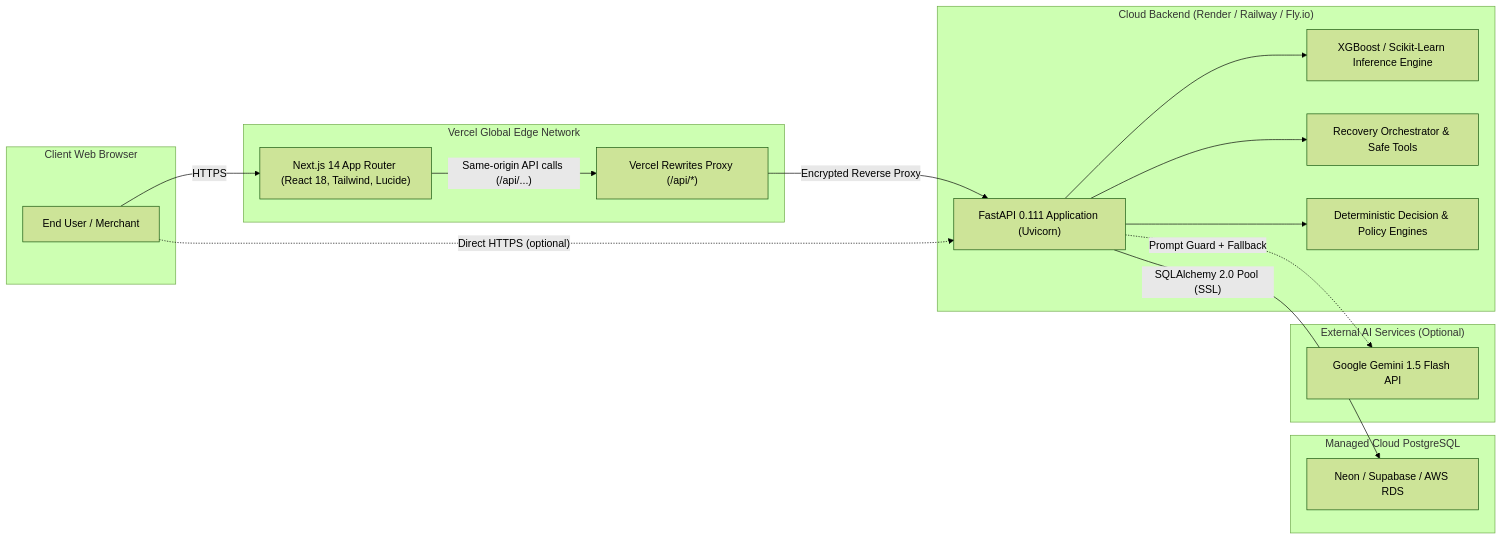
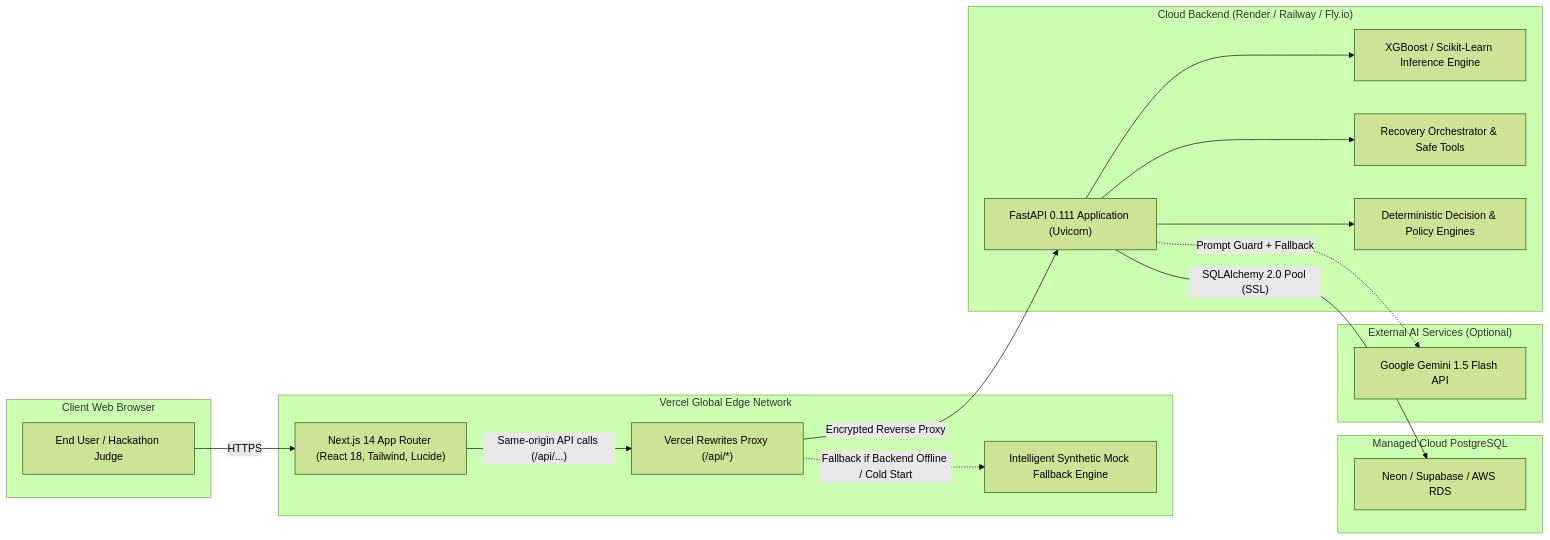
The diagram in VERCEL_DEPLOYMENT.md (gulshan29-kumar/ai-buildathon-project), drawn with Mermaid (forest theme) before and after one commit. The commit also changed other lines of this file and 9 other files, not shown here.

````diff
--- a/VERCEL_DEPLOYMENT.md
+++ b/VERCEL_DEPLOYMENT.md
@@ -12,36 +12,37 @@
 ```mermaid
 flowchart LR
     subgraph Browser ["Client Web Browser"]
-        U["End User / Merchant"]
+        U["End User / Hackathon Judge"]
     end
 
     subgraph Vercel ["Vercel Global Edge Network"]
         VFrontend["Next.js 14 App Router (React 18, Tailwind, Lucide)"]
         VRewrite["Vercel Rewrites Proxy (/api/*)"]
+        VFallback["Intelligent Synthetic Mock Fallback Engine"]
     end
 
     subgraph BackendHost ["Cloud Backend (Render / Railway / Fly.io)"]
         FastAPI["FastAPI 0.111 Application (Uvicorn)"]
         Inference["XGBoost / Scikit-Learn Inference Engine"]
         Orchestrator["Recovery Orchestrator & Safe Tools"]
         Decision["Deterministic Decision & Policy Engines"]
     end
 
     subgraph CloudDB ["Managed Cloud PostgreSQL"]
         PG["Neon / Supabase / AWS RDS"]
     end
 
     subgraph ExternalServices ["External AI Services (Optional)"]
         Gemini["Google Gemini 1.5 Flash API"]
     end
 
     U -->|"HTTPS"| VFrontend
     VFrontend -->|"Same-origin API calls (/api/...)"| VRewrite
     VRewrite -->|"Encrypted Reverse Proxy"| FastAPI
-    U -.->|"Direct HTTPS (optional)"| FastAPI
+    VRewrite -.->|"Fallback if Backend Offline / Cold Start"| VFallback
     FastAPI --> Inference
     FastAPI --> Orchestrator
     FastAPI --> Decision
     FastAPI -->|"SQLAlchemy 2.0 Pool (SSL)"| PG
     FastAPI -.->|"Prompt Guard + Fallback"| Gemini
 ```
````
